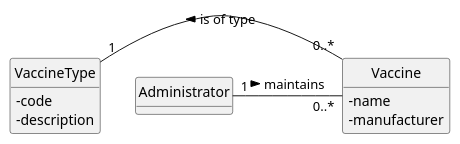
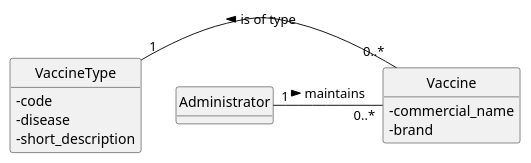
One commit to afonso51111/leti-esoft-25-26-A33 changed the diagram in project-template/docs/sprint2/US11/puml/US11-MD.puml. Above: the diagram before and after it, drawn with PlantUML. The commit also changed 4 other files, not shown here.

```diff
--- a/project-template/docs/sprint2/US11/puml/US11-MD.puml
+++ b/project-template/docs/sprint2/US11/puml/US11-MD.puml
@@ -1,23 +1,24 @@
 @startuml
 'https://plantuml-server.url.net/svg/
 skinparam classAttributeIconSize 0
 hide circle
 hide methods
 
 class Administrator {
 }
 
 class VaccineType {
     - code
-    - description
+    - disease
+    - short_description
 }
 
 class Vaccine {
-    - name
-    - manufacturer
+     - commercial_name
+     - brand
 }
 
 Administrator "1" -right-- "0..*" Vaccine:  maintains >
 Vaccine "0..*" -left-- "1" VaccineType:  is of type >
 
 @enduml
```
